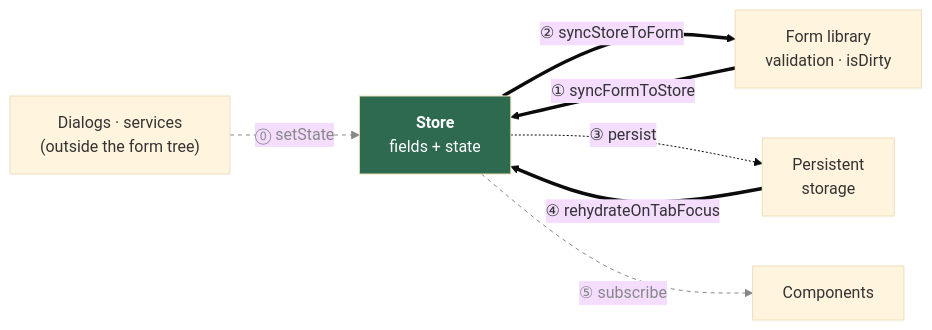
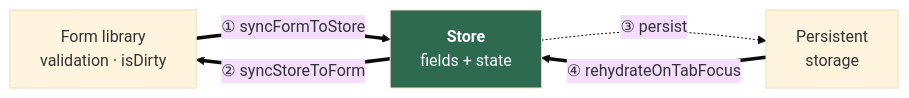
One commit to jadecubes/multi-party-state-sync changed the first of 3 diagrams in README.md. Above: the diagram before and after it, drawn with Mermaid (base theme). The commit also changed other lines of this file, not shown here.

Commit message:
docs: slim the master map to three parties and four arrows; generalize the opening (#9)
The map carried five nodes and six edges, two of which (⓪, ⑤) the legend
immediately told you to ignore — a grey tier competing with the four
arrows that are the subject. Cut it to the three parties the intro names
and the four arrows ①–④; ⓪ and ⑤ move to one line of prose and still
appear in the matrix. The opening drops the arbitrary 'admin console with
twenty long forms' for the general motivation: a long form whose unsaved
draft must survive a refresh or a second tab.

````diff
--- a/README.md
+++ b/README.md
@@ -7,18 +7,13 @@
 ```mermaid
 flowchart LR
-    D["Dialogs · services<br/>(outside the form tree)"]
     F["Form library<br/>validation · isDirty"]
     S["<b>Store</b><br/>fields + state"]
     P["Persistent<br/>storage"]
-    U["Components"]
 
-    D -- "⓪ setState" --> S
     F == "① syncFormToStore" ==> S
     S == "② syncStoreToForm" ==> F
     S -. "③ persist" .-> P
     P == "④ rehydrateOnTabFocus" ==> S
-    S -- "⑤ subscribe" --> U
 
     style S fill:#2d6a4f,color:#fff
-    linkStyle 0,5 stroke:#888,stroke-dasharray:4 4,color:#888
 ```
````
